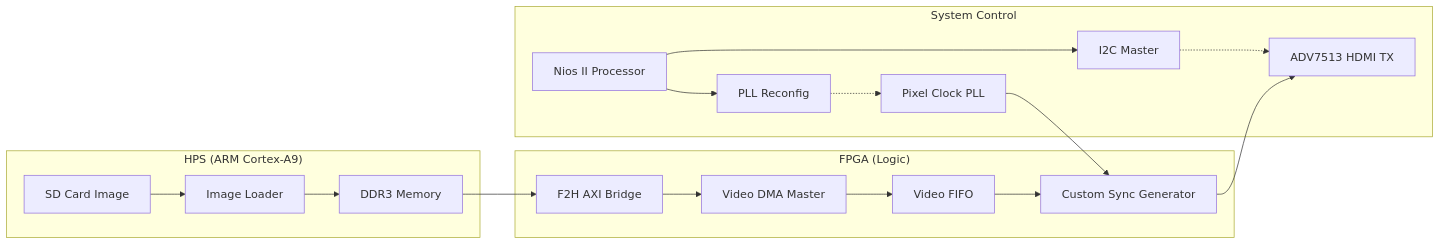
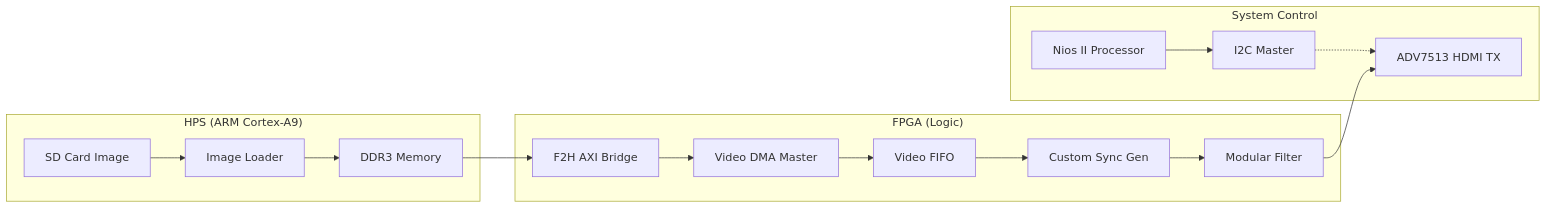
Before and after one commit to bccha/video_processing: the diagram in doc/DESIGN.md, drawn with Mermaid. The commit also changed other lines of this file and 25 other files, not shown here.

````diff
--- a/doc/DESIGN.md
+++ b/doc/DESIGN.md
@@ -12,25 +12,23 @@
 ```mermaid
 graph LR
     subgraph "HPS (ARM Cortex-A9)"
         SD[SD Card Image] --> SW_Load[Image Loader]
         SW_Load --> DDR[DDR3 Memory]
     end
 
     subgraph "FPGA (Logic)"
         DDR --> AXI[F2H AXI Bridge]
         AXI --> V_DMA[Video DMA Master]
         V_DMA --> FIFO[Video FIFO]
-        FIFO --> SGEN[Custom Sync Generator]
+        FIFO --> SGEN[Custom Sync Gen]
+        SGEN --> FLT[Modular Filter]
     end
 
     subgraph "System Control"
         Nios[Nios II Processor]
         Nios --> I2C[I2C Master]
-        Nios --> PLL_R[PLL Reconfig]
         I2C -.-> HDMI_Chip[ADV7513 HDMI TX]
-        PLL_R -.-> P_CLK[Pixel Clock PLL]
     end
 
-    SGEN --> HDMI_Chip
-    P_CLK --> SGEN
+    FLT --> HDMI_Chip
 ```
````
